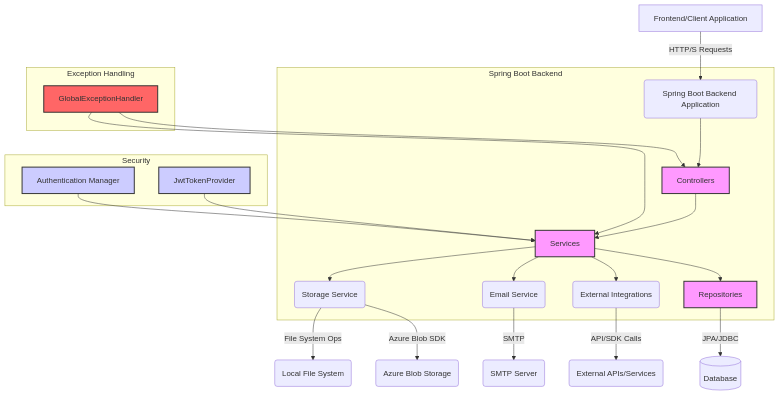
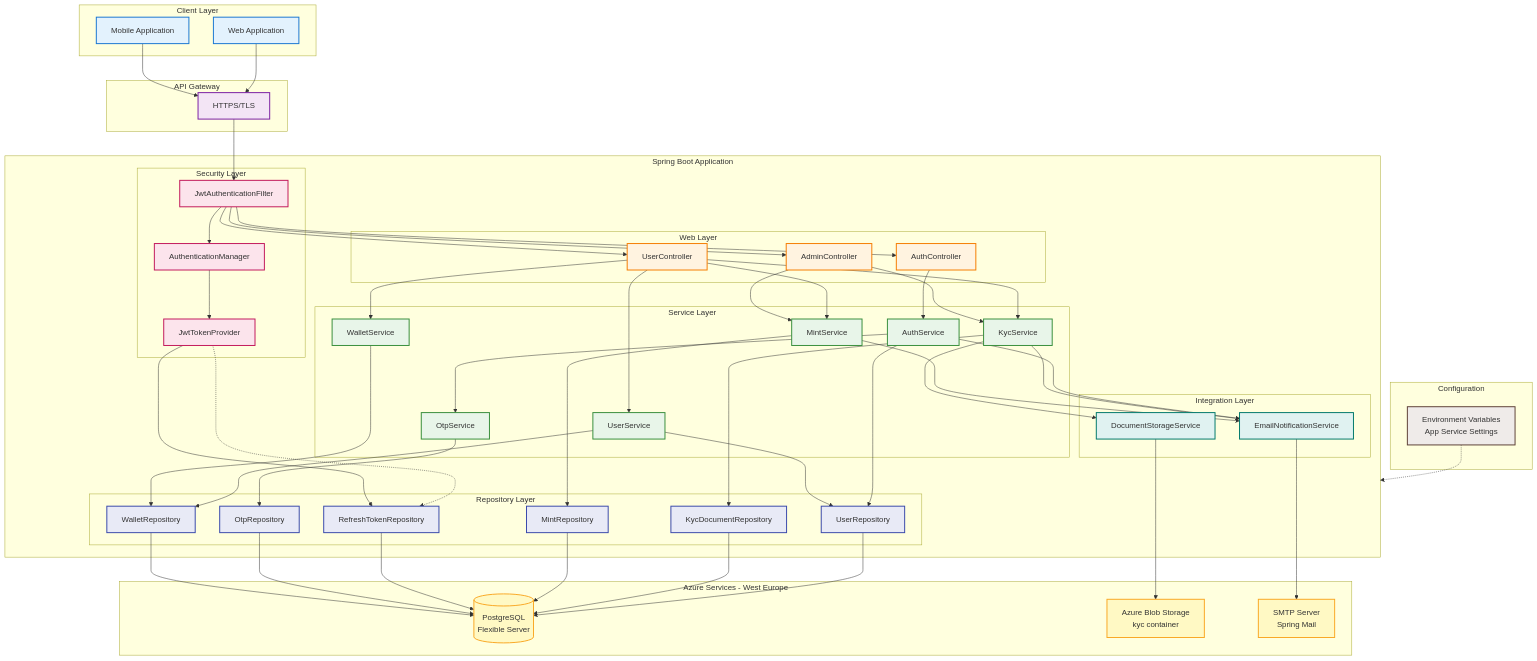
One commit to nhx-finance/nhx-kesy changed the diagram in architecture/high-level-architecture.md. Above: the diagram before and after it, drawn with Mermaid.

Commit message:
docs: Revise high-level architecture diagram to enhance clarity and detail of system components, including client, gateway, application, and integration layers

````diff
--- a/architecture/high-level-architecture.md
+++ b/architecture/high-level-architecture.md
@@ -1,36 +1,135 @@
 ```mermaid
-graph TD
-    A[Frontend/Client Application] -->|HTTP/S Requests| B(Spring Boot Backend Application)
-
-    subgraph "Spring Boot Backend"
-        B --> C[Controllers]
-        C --> D[Services]
-        D --> E[Repositories]
-        D --> F(External Integrations)
-        D --> G(Email Service)
-        D --> H(Storage Service)
+graph TB
+    subgraph client[Client Layer]
+        WEB[Web Application]
+        MOBILE[Mobile Application]
     end
 
-    E -->|JPA/JDBC| I[(Database)]
-    F -->|API/SDK Calls| J(External APIs/Services)
-    G -->|SMTP| K(SMTP Server)
-    H -->|Azure Blob SDK| L(Azure Blob Storage)
-    H -->|File System Ops| M(Local File System)
-
-    subgraph Security
-        N[Authentication Manager] --> D
-        O[JwtTokenProvider] --> D
+    subgraph gateway[API Gateway]
+        HTTPS[HTTPS/TLS]
     end
 
-    subgraph "Exception Handling"
-        P[GlobalExceptionHandler] --> C
-        P --> D
+    subgraph application[Spring Boot Application]
+        subgraph web[Web Layer]
+            AUTH_CTRL[AuthController]
+            USER_CTRL[UserController]
+            ADMIN_CTRL[AdminController]
+        end
+
+        subgraph security[Security Layer]
+            JWT_FILTER[JwtAuthenticationFilter]
+            AUTH_MGR[AuthenticationManager]
+            JWT_PROVIDER[JwtTokenProvider]
+        end
+
+        subgraph service[Service Layer]
+            AUTH_SVC[AuthService]
+            KYC_SVC[KycService]
+            MINT_SVC[MintService]
+            USER_SVC[UserService]
+            WALLET_SVC[WalletService]
+            OTP_SVC[OtpService]
+        end
+
+        subgraph integration[Integration Layer]
+            EMAIL_SVC[EmailNotificationService]
+            STORAGE_SVC[DocumentStorageService]
+        end
+
+        subgraph persistence[Repository Layer]
+            USER_REPO[UserRepository]
+            KYC_REPO[KycDocumentRepository]
+            MINT_REPO[MintRepository]
+            TOKEN_REPO[RefreshTokenRepository]
+            OTP_REPO[OtpRepository]
+            WALLET_REPO[WalletRepository]
+        end
     end
 
-    style C fill:#f9f,stroke:#333,stroke-width:2px
-    style D fill:#f9f,stroke:#333,stroke-width:2px
-    style E fill:#f9f,stroke:#333,stroke-width:2px
-    style N fill:#ccf,stroke:#333,stroke-width:2px
-    style O fill:#ccf,stroke:#333,stroke-width:2px
-    style P fill:#f66,stroke:#333,stroke-width:2px
+    subgraph azure[Azure Services - West Europe]
+        DATABASE[(PostgreSQL<br/>Flexible Server)]
+        BLOB[Azure Blob Storage<br/>kyc container]
+        SMTP[SMTP Server<br/>Spring Mail]
+    end
+
+    subgraph config[Configuration]
+        ENV[Environment Variables<br/>App Service Settings]
+    end
+
+    %% Client to Gateway
+    WEB --> HTTPS
+    MOBILE --> HTTPS
+
+    %% Gateway to Application
+    HTTPS --> JWT_FILTER
+
+    %% Security Flow
+    JWT_FILTER --> AUTH_MGR
+    JWT_FILTER --> AUTH_CTRL
+    JWT_FILTER --> USER_CTRL
+    JWT_FILTER --> ADMIN_CTRL
+    
+    AUTH_MGR --> JWT_PROVIDER
+    JWT_PROVIDER -.-> TOKEN_REPO
+
+    %% Controller to Service
+    AUTH_CTRL --> AUTH_SVC
+    USER_CTRL --> USER_SVC
+    USER_CTRL --> KYC_SVC
+    USER_CTRL --> MINT_SVC
+    USER_CTRL --> WALLET_SVC
+    ADMIN_CTRL --> KYC_SVC
+    ADMIN_CTRL --> MINT_SVC
+
+    %% Service to Integration
+    AUTH_SVC --> OTP_SVC
+    AUTH_SVC --> EMAIL_SVC
+    KYC_SVC --> STORAGE_SVC
+    KYC_SVC --> EMAIL_SVC
+    MINT_SVC --> EMAIL_SVC
+
+    %% Service to Repository
+    AUTH_SVC --> USER_REPO
+    USER_SVC --> USER_REPO
+    USER_SVC --> WALLET_REPO
+    WALLET_SVC --> WALLET_REPO
+    KYC_SVC --> KYC_REPO
+    MINT_SVC --> MINT_REPO
+    OTP_SVC --> OTP_REPO
+    JWT_PROVIDER --> TOKEN_REPO
+
+    %% Repository to Database
+    USER_REPO --> DATABASE
+    KYC_REPO --> DATABASE
+    MINT_REPO --> DATABASE
+    TOKEN_REPO --> DATABASE
+    OTP_REPO --> DATABASE
+    WALLET_REPO --> DATABASE
+
+    %% Integration to External
+    STORAGE_SVC --> BLOB
+    EMAIL_SVC --> SMTP
+
+    %% Configuration
+    ENV -.-> application
+
+    classDef clientStyle fill:#e3f2fd,stroke:#1976d2,stroke-width:2px
+    classDef gatewayStyle fill:#f3e5f5,stroke:#7b1fa2,stroke-width:2px
+    classDef webStyle fill:#fff3e0,stroke:#f57c00,stroke-width:2px
+    classDef securityStyle fill:#fce4ec,stroke:#c2185b,stroke-width:2px
+    classDef serviceStyle fill:#e8f5e9,stroke:#388e3c,stroke-width:2px
+    classDef integrationStyle fill:#e0f2f1,stroke:#00796b,stroke-width:2px
+    classDef dataStyle fill:#e8eaf6,stroke:#3949ab,stroke-width:2px
+    classDef azureStyle fill:#fff9c4,stroke:#f9a825,stroke-width:2px
+    classDef configStyle fill:#efebe9,stroke:#5d4037,stroke-width:2px
+
+    class WEB,MOBILE clientStyle
+    class HTTPS gatewayStyle
+    class AUTH_CTRL,USER_CTRL,ADMIN_CTRL webStyle
+    class JWT_FILTER,AUTH_MGR,JWT_PROVIDER securityStyle
+    class AUTH_SVC,KYC_SVC,MINT_SVC,USER_SVC,WALLET_SVC,OTP_SVC serviceStyle
+    class EMAIL_SVC,STORAGE_SVC integrationStyle
+    class USER_REPO,KYC_REPO,MINT_REPO,TOKEN_REPO,OTP_REPO,WALLET_REPO dataStyle
+    class DATABASE,BLOB,SMTP azureStyle
+    class ENV configStyle
 ```
````
